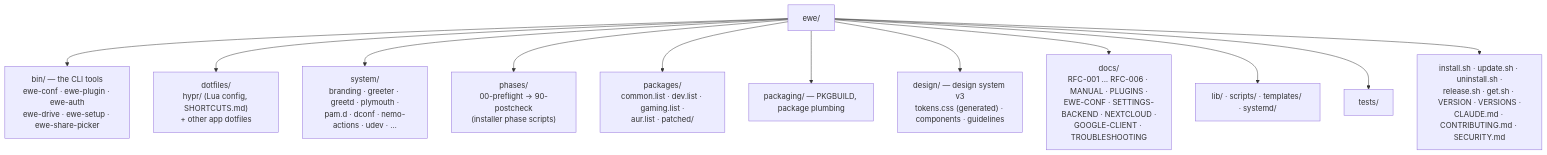
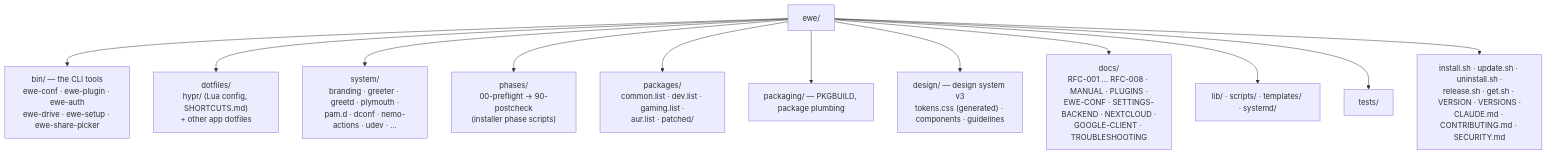
One commit to prj786/ewe-map changed the diagram in 07-Development/Repo Layout.md. Above: the diagram before and after it, drawn with Mermaid. The commit also changed 9 other files, not shown here.

First line of the commit message:
RFC-008: Safe, ewe's own password manager — accepted, phase 0 GO

````diff
--- a/07-Development/Repo Layout.md
+++ b/07-Development/Repo Layout.md
@@ -14,14 +14,14 @@
 ```mermaid
 flowchart TB
     ROOT["ewe/"] --> BIN["bin/ — the CLI tools<br/>ewe-conf · ewe-plugin · ewe-auth<br/>ewe-drive · ewe-setup · ewe-share-picker"]
     ROOT --> DOT["dotfiles/<br/>hypr/ (Lua config, SHORTCUTS.md)<br/>+ other app dotfiles"]
     ROOT --> SYS["system/<br/>branding · greeter · greetd · plymouth ·<br/>pam.d · dconf · nemo-actions · udev · …"]
     ROOT --> PH["phases/<br/>00-preflight → 90-postcheck<br/>(installer phase scripts)"]
     ROOT --> PACKAGES["packages/<br/>common.list · dev.list · gaming.list ·<br/>aur.list · patched/"]
     ROOT --> PACKAGING["packaging/ — PKGBUILD, package plumbing"]
     ROOT --> DESIGN["design/ — design system v3<br/>tokens.css (generated) · components · guidelines"]
-    ROOT --> DOCS["docs/<br/>RFC-001 … RFC-006 · MANUAL · PLUGINS ·<br/>EWE-CONF · SETTINGS-BACKEND · NEXTCLOUD ·<br/>GOOGLE-CLIENT · TROUBLESHOOTING"]
+    ROOT --> DOCS["docs/<br/>RFC-001 … RFC-008 · MANUAL · PLUGINS ·<br/>EWE-CONF · SETTINGS-BACKEND · NEXTCLOUD ·<br/>GOOGLE-CLIENT · TROUBLESHOOTING"]
     ROOT --> LIB["lib/ · scripts/ · templates/ · systemd/"]
     ROOT --> TESTS["tests/"]
     ROOT --> TOP["install.sh · update.sh · uninstall.sh ·<br/>release.sh · get.sh · VERSION · VERSIONS ·<br/>CLAUDE.md · CONTRIBUTING.md · SECURITY.md"]
 ```
````
